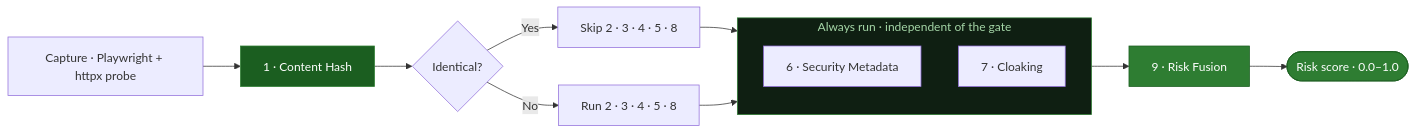
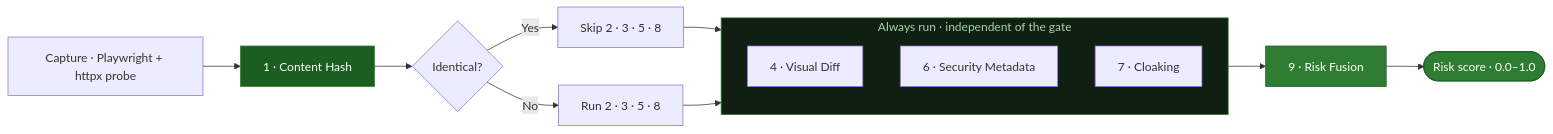
The first of 2 diagrams in docs/detection-layers.mdx (Ns81000/WARDRESS), drawn with Mermaid before and after one commit. The commit also changed other lines of this file and 15 other files, not shown here.

````diff
--- a/docs/detection-layers.mdx
+++ b/docs/detection-layers.mdx
@@ -15,23 +15,24 @@
 ```mermaid
 flowchart LR
     F[Capture · Playwright + httpx probe] --> L1[1 · Content Hash]
     L1 --> G{Identical?}
-    G -->|Yes| GATE[Skip 2 · 3 · 4 · 5 · 8]
-    G -->|No| CONTENT[Run 2 · 3 · 4 · 5 · 8]
+    G -->|Yes| GATE[Skip 2 · 3 · 5 · 8]
+    G -->|No| CONTENT[Run 2 · 3 · 5 · 8]
     GATE --> ALWAYS
     CONTENT --> ALWAYS
     subgraph ALWAYS [Always run · independent of the gate]
       direction TB
+      L4[4 · Visual Diff]
       L6[6 · Security Metadata]
       L7[7 · Cloaking]
     end
     ALWAYS --> L9[9 · Risk Fusion]
     L9 --> RISK([Risk score · 0.0–1.0])
 
     classDef hash fill:#1b5e20,stroke:#2e7d32,color:#fff;
     classDef fusion fill:#2e7d32,stroke:#1b5e20,color:#fff;
     class L1 hash;
     class L9 fusion;
     class RISK fusion;
     style ALWAYS fill:#0f1f12,stroke:#2e7d32,color:#a5d6a7;
 ```
````
